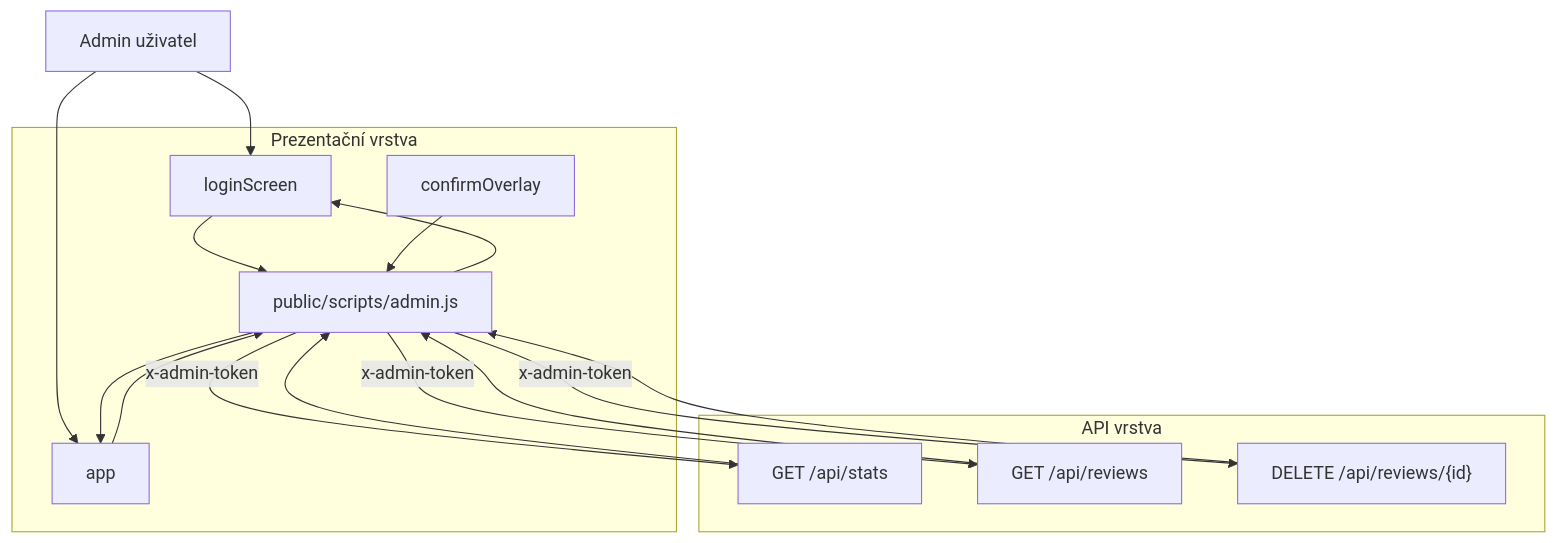
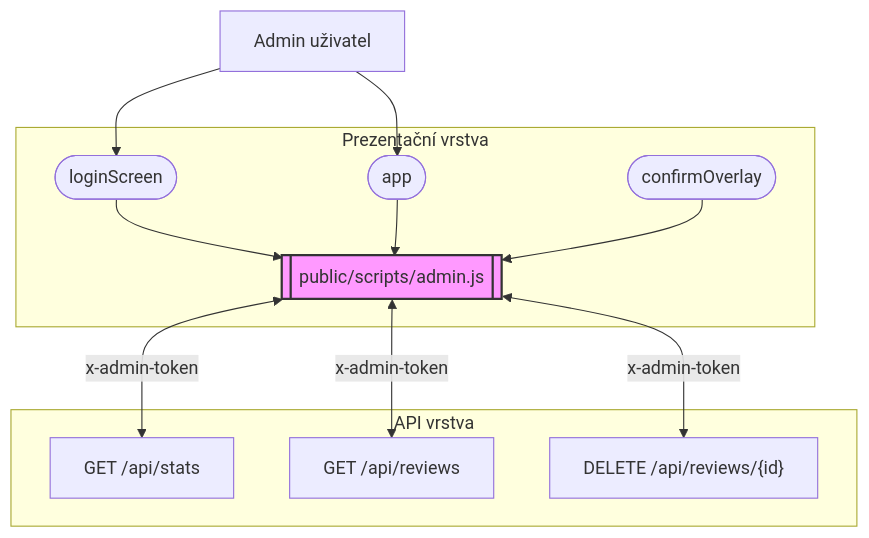
One commit to FiserBre/hodnoceni changed the first of 5 diagrams in docs_cs/Administration+Domain/Admin+authentication+flow,+session+state,+and+screen+transitions.md. Above: the diagram before and after it, drawn with Mermaid.

````diff
--- a/docs_cs/Administration+Domain/Admin+authentication+flow,+session+state,+and+screen+transitions.md
+++ b/docs_cs/Administration+Domain/Admin+authentication+flow,+session+state,+and+screen+transitions.md
@@ -13,32 +13,27 @@
 ```mermaid
 flowchart TD
-    User[Admin uživatel] --> LoginScreen[loginScreen]
-    User --> AppScreen[app]
+    User[Admin uživatel] --> LoginScreen
+    User --> AppScreen
 
     subgraph PresentationLayer [Prezentační vrstva]
-        LoginScreen
-        AppScreen
-        ConfirmOverlay[confirmOverlay]
-        AdminJs["public/scripts/admin.js"]
+        LoginScreen([loginScreen])
+        AppScreen([app])
+        ConfirmOverlay([confirmOverlay])
+        AdminJs[[public/scripts/admin.js]]
     end
 
     subgraph ApiLayer [API vrstva]
         StatsApi["GET /api/stats"]
         ReviewsApi["GET /api/reviews"]
         DeleteApi["DELETE /api/reviews/{id}"]
     end
 
-    LoginScreen --> AdminJs
-    AppScreen --> AdminJs
-    ConfirmOverlay --> AdminJs
+    LoginScreen & AppScreen & ConfirmOverlay --> AdminJs
 
-    AdminJs -->|x-admin-token| StatsApi
-    AdminJs -->|x-admin-token| ReviewsApi
-    AdminJs -->|x-admin-token| DeleteApi
-
-    StatsApi --> AdminJs
-    ReviewsApi --> AdminJs
-    DeleteApi --> AdminJs
-    AdminJs --> LoginScreen
-    AdminJs --> AppScreen
+    AdminJs <-->|x-admin-token| StatsApi
+    AdminJs <-->|x-admin-token| ReviewsApi
+    AdminJs <-->|x-admin-token| DeleteApi
+    
+    %% Poznámka pod čarou
+    style AdminJs fill:#f9f,stroke:#333,stroke-width:2px
 ```
````
